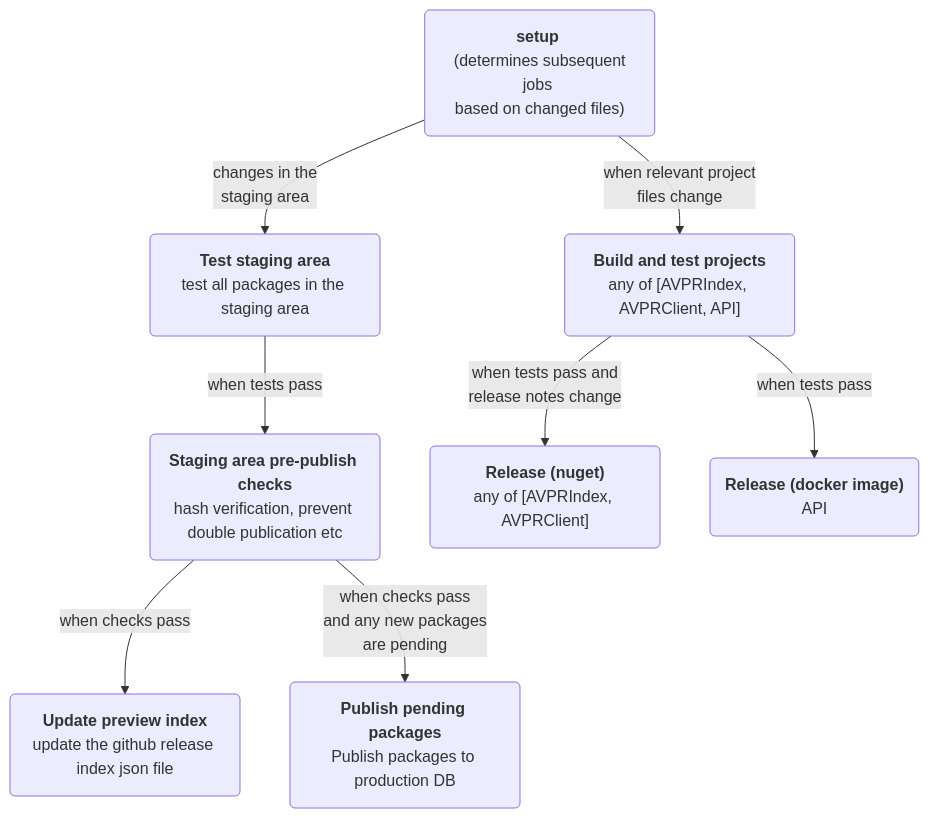
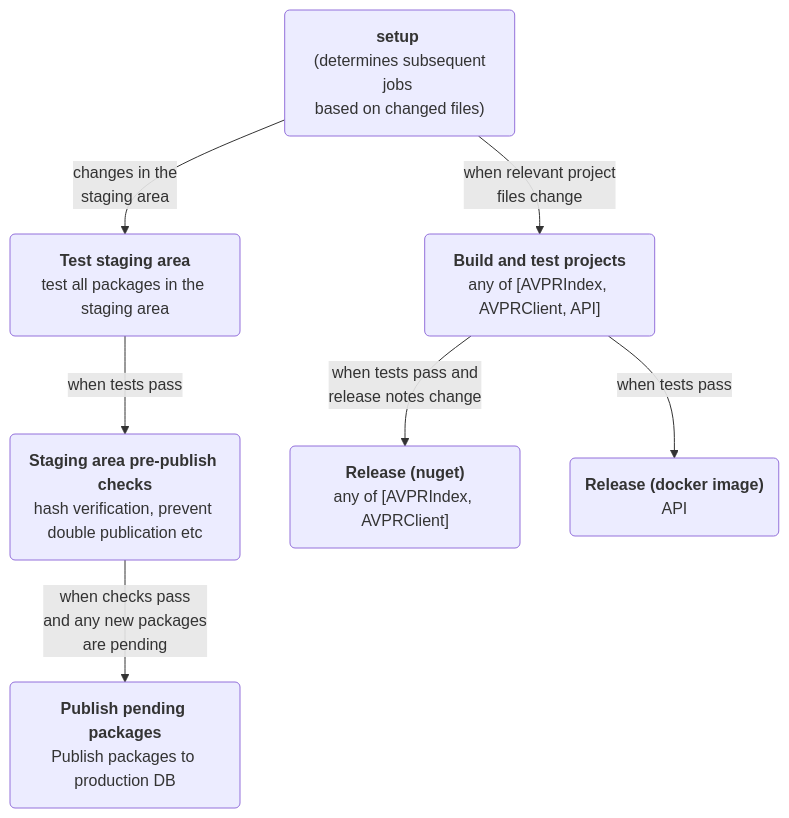
Before and after one commit to nfdi4plants/arc-validate-package-registry: the diagram in README.md, drawn with Mermaid. The commit also changed other lines of this file and 8 other files, not shown here.

````diff
--- a/README.md
+++ b/README.md
@@ -52,20 +51,18 @@
 ```mermaid
 flowchart TD
 
 setup("<b>setup</b> <br> (determines subsequent jobs <br>based on changed files)")
 batp("<b>Build and test projects</b><br>any of [AVPRIndex, AVPRClient, API]")
 tsa("<b>Test staging area</b><br>test all packages in the staging area")
 sapc("<b>Staging area pre-publish checks</b><br>hash verification, prevent double publication etc")
 nr("<b>Release (nuget)</b><br>any of [AVPRIndex, AVPRClient]")
 dr("<b>Release (docker image)</b><br>API")
-upi("<b>Update preview index</b><br>update the github release index json file")
 ppp("<b>Publish pending packages</b><br>Publish packages to production DB")
 
 setup --when relevant project<br>  files change--> batp
 setup --changes in the<br> staging area--> tsa
 batp --when tests pass and<br> release notes change--> nr
 batp --when tests pass--> dr
 tsa --when tests pass--> sapc
-sapc --when checks pass--> upi
 sapc --when checks pass<br> and any new packages<br> are pending--> ppp
 ```
````
